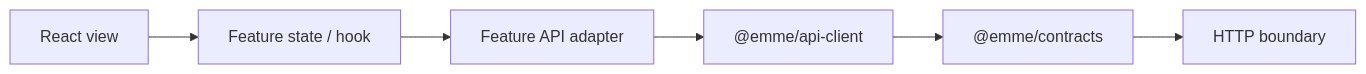
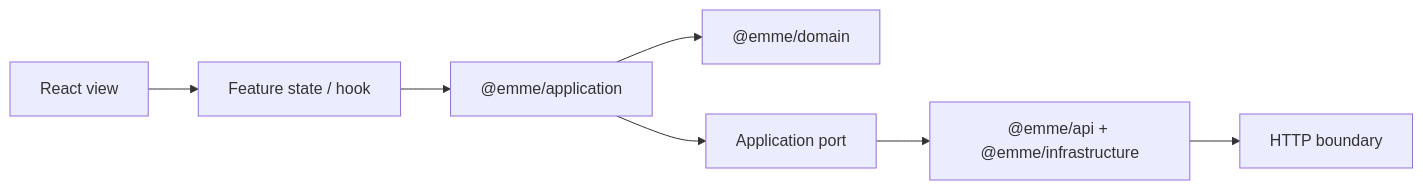
The second of 2 diagrams in docs/architecture/00-project/architecture-model.md (migangdelzar/emme-web), drawn with Mermaid before and after one commit. The commit also changed other lines of this file and 28 other files, not shown here.

Commit message:
docs(architecture): finalize hexagonal library migration

````diff
--- a/docs/architecture/00-project/architecture-model.md
+++ b/docs/architecture/00-project/architecture-model.md
@@ -31,8 +33,9 @@
 ```mermaid
 flowchart LR
     View["React view"] --> FeatureState["Feature state / hook"]
-    FeatureState --> Adapter["Feature API adapter"]
-    Adapter --> Client["@emme/api-client"]
-    Client --> Contract["@emme/contracts"]
-    Contract --> HTTP["HTTP boundary"]
+    FeatureState --> Application["@emme/application"]
+    Application --> Domain["@emme/domain"]
+    Application --> Port["Application port"]
+    Port --> Adapter["@emme/api + @emme/infrastructure"]
+    Adapter --> HTTP["HTTP boundary"]
 ```
````
